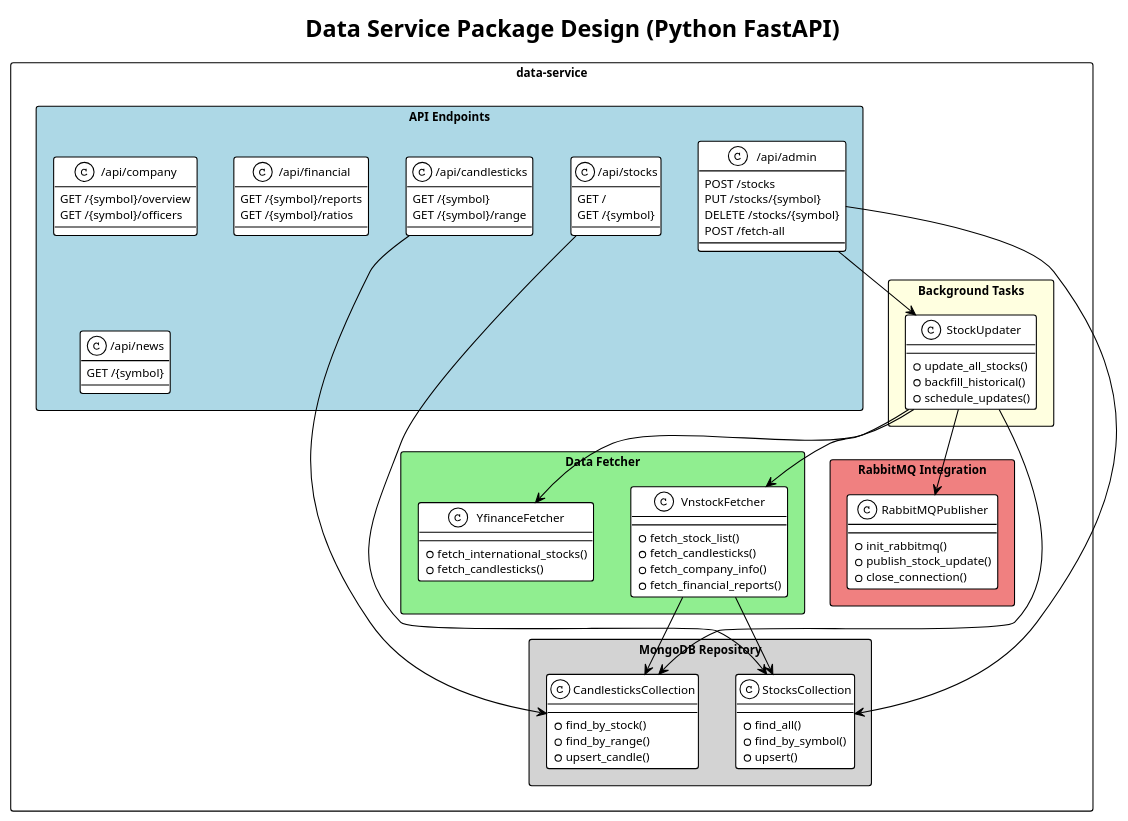
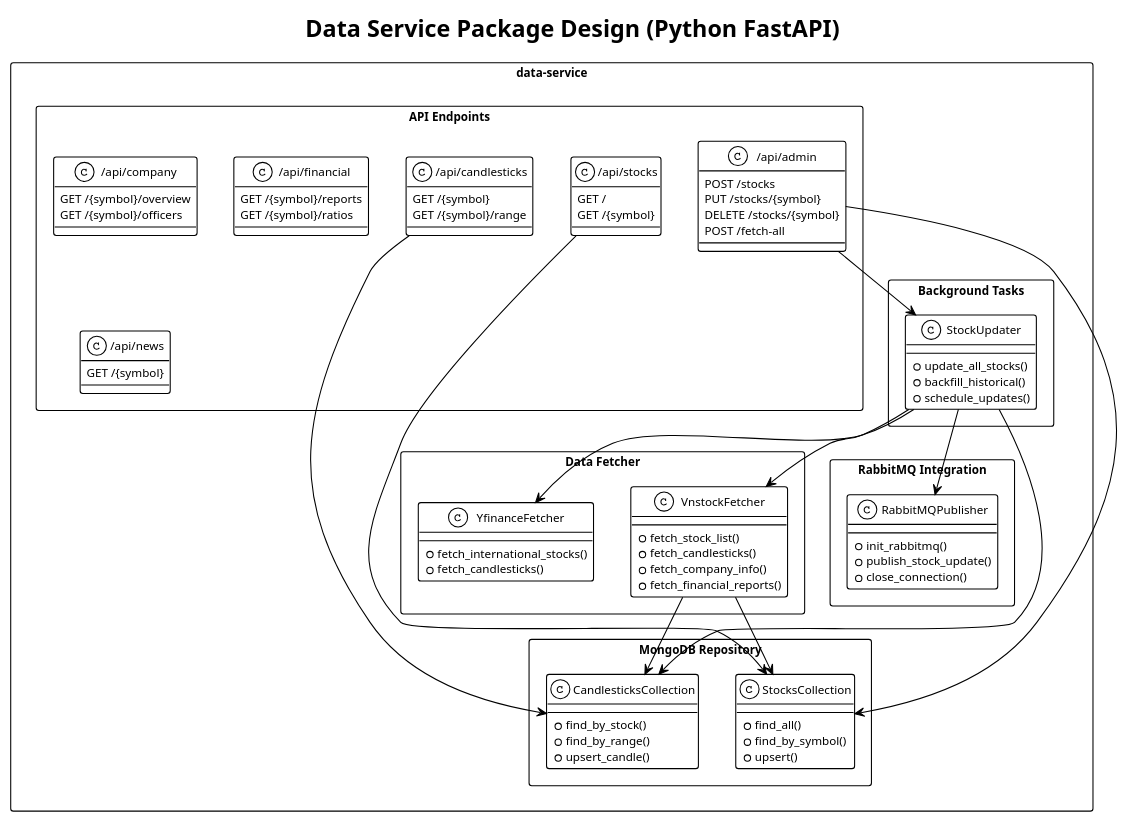
One commit to enel2906/graduation-thesis-diagram changed the diagram in chapter4/data-service-package.puml. Above: the diagram before and after it, drawn with PlantUML. The commit also changed 25 other files, not shown here.

Commit message:
update diagram chapter4

```diff
--- a/chapter4/data-service-package.puml
+++ b/chapter4/data-service-package.puml
@@ -1,105 +1,111 @@
 @startuml data-service-package
 
 !theme plain
 skinparam backgroundColor #FFFFFF
 skinparam packageStyle rectangle
 skinparam defaultFontName Arial
 skinparam defaultFontSize 11
+skinparam PackageBackgroundColor #FFFFFF
+skinparam PackageBorderColor #000000
+skinparam ClassBackgroundColor #FFFFFF
+skinparam ClassBorderColor #000000
+skinparam NoteBackgroundColor #FFFFFF
+skinparam NoteBorderColor #000000
 
 title Data Service Package Design (Python FastAPI)
 
 package "data-service" {
     
-    package "API Endpoints" #LightBlue {
+    package "API Endpoints" #FFFFFF {
         class "/api/candlesticks" as candleApi {
             GET /{symbol}
             GET /{symbol}/range
         }
         
         class "/api/stocks" as stocksApi {
             GET /
             GET /{symbol}
         }
         
         class "/api/company" as companyApi {
             GET /{symbol}/overview
             GET /{symbol}/officers
         }
         
         class "/api/financial" as financialApi {
             GET /{symbol}/reports
             GET /{symbol}/ratios
         }
         
         class "/api/news" as newsApi {
             GET /{symbol}
         }
         
         class "/api/admin" as adminApi {
             POST /stocks
             PUT /stocks/{symbol}
             DELETE /stocks/{symbol}
             POST /fetch-all
         }
     }
     
-    package "Data Fetcher" #LightGreen {
+    package "Data Fetcher" #FFFFFF {
         class "VnstockFetcher" as vnFetcher {
             + fetch_stock_list()
             + fetch_candlesticks()
             + fetch_company_info()
             + fetch_financial_reports()
         }
         
         class "YfinanceFetcher" as yFetcher {
             + fetch_international_stocks()
             + fetch_candlesticks()
         }
     }
     
-    package "Background Tasks" #LightYellow {
+    package "Background Tasks" #FFFFFF {
         class "StockUpdater" as updater {
             + update_all_stocks()
             + backfill_historical()
             + schedule_updates()
         }
     }
     
-    package "RabbitMQ Integration" #LightCoral {
+    package "RabbitMQ Integration" #FFFFFF {
         class "RabbitMQPublisher" as publisher {
             + init_rabbitmq()
             + publish_stock_update()
             + close_connection()
         }
     }
     
-    package "MongoDB Repository" #LightGray {
+    package "MongoDB Repository" #FFFFFF {
         class "StocksCollection" as stocksCol {
             + find_all()
             + find_by_symbol()
             + upsert()
         }
         
         class "CandlesticksCollection" as candleCol {
             + find_by_stock()
             + find_by_range()
             + upsert_candle()
         }
     }
 }
 
 ' Relationships
 candleApi --> candleCol
 stocksApi --> stocksCol
 adminApi --> stocksCol
 adminApi --> updater
 
 updater --> vnFetcher
 updater --> yFetcher
 updater --> publisher
 updater --> candleCol
 
 vnFetcher --> stocksCol
 vnFetcher --> candleCol
 
 @enduml
```
